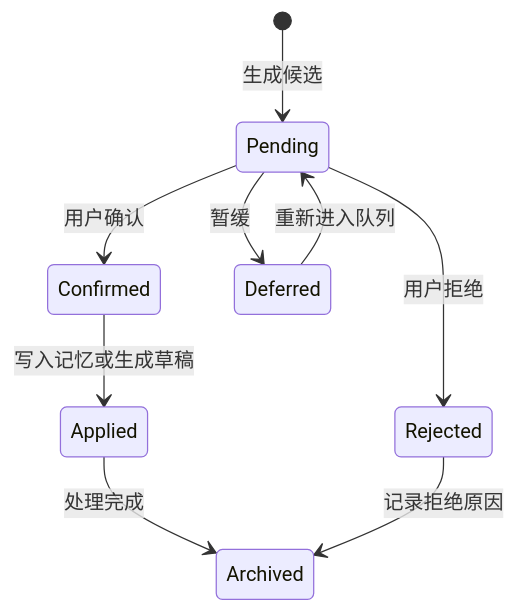
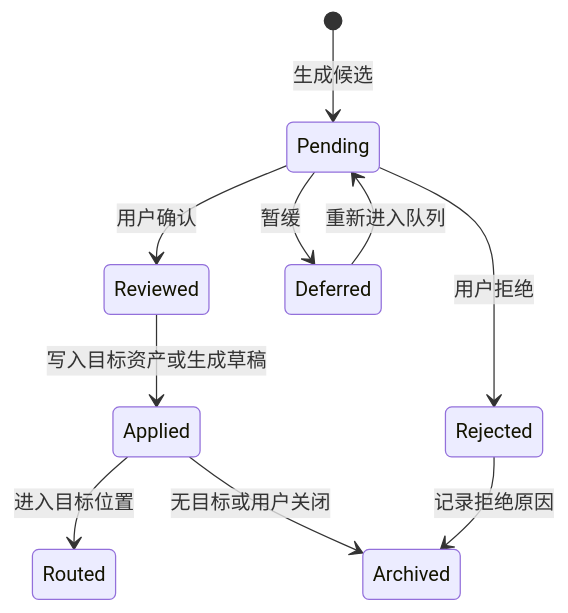
The diagram in docs/architecture/03.11-review-evolution.md (zhuxining/MindClaw), drawn with Mermaid before and after one commit. The commit also changed other lines of this file and 20 other files, not shown here.

First line of the commit message:
docs(architecture): refine review-evolution flow and inbox-based workflow

````diff
--- a/docs/architecture/03.11-review-evolution.md
+++ b/docs/architecture/03.11-review-evolution.md
@@ -65,11 +67,12 @@
 ```mermaid
 stateDiagram-v2
     [*] --> Pending: 生成候选
-    Pending --> Confirmed: 用户确认
+    Pending --> Reviewed: 用户确认
     Pending --> Rejected: 用户拒绝
     Pending --> Deferred: 暂缓
     Deferred --> Pending: 重新进入队列
-    Confirmed --> Applied: 写入记忆或生成草稿
-    Applied --> Archived: 处理完成
+    Reviewed --> Applied: 写入目标资产或生成草稿
+    Applied --> Routed: 进入目标位置
+    Applied --> Archived: 无目标或用户关闭
     Rejected --> Archived: 记录拒绝原因
 ```
````
